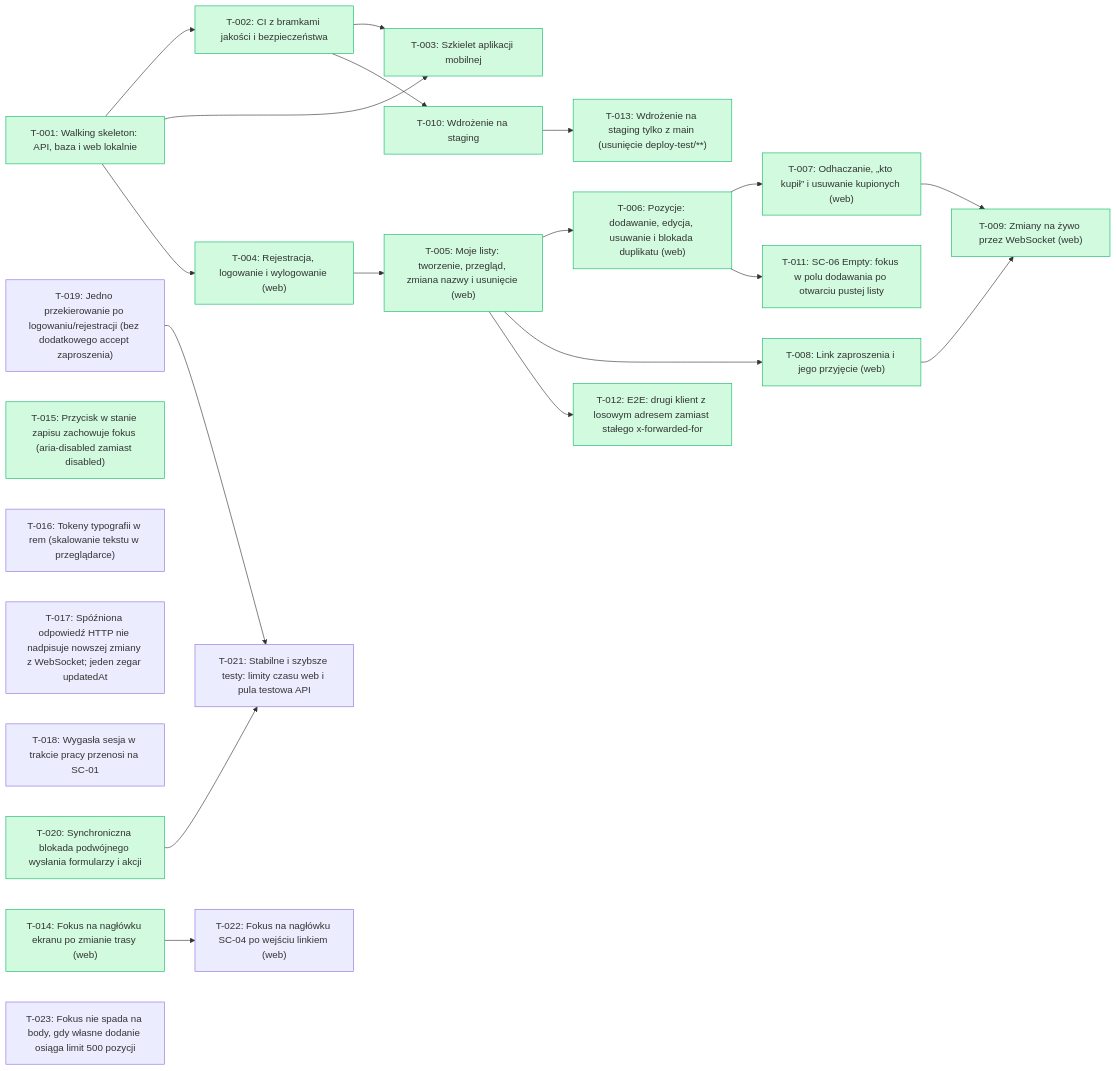
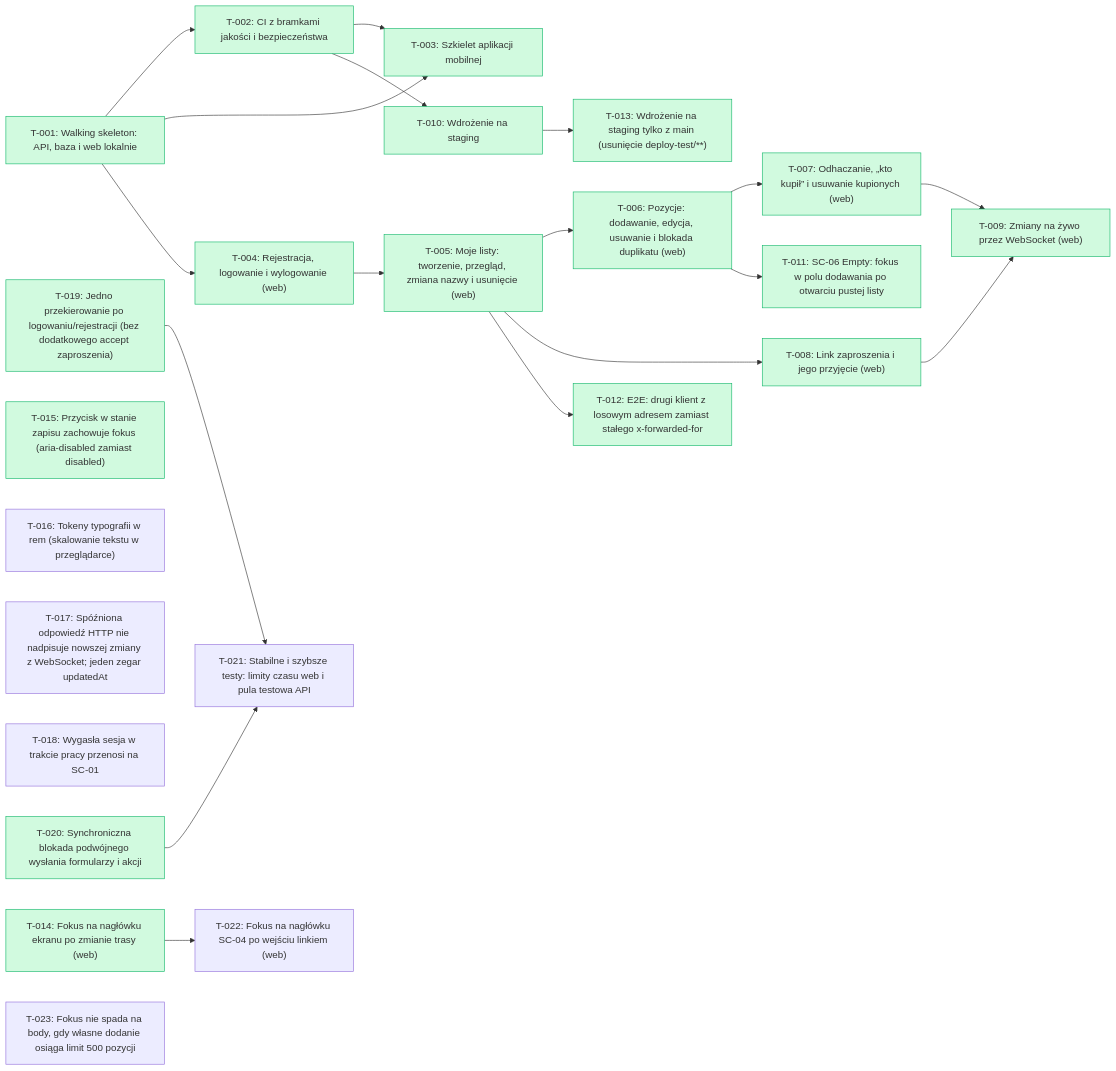
Before and after one commit to tombraz/lista-zakupow: the diagram in docs/backlog/index.md, drawn with Mermaid. The commit also changed other lines of this file and 1 other file, not shown here.

````diff
--- a/docs/backlog/index.md
+++ b/docs/backlog/index.md
@@ -22,47 +22,47 @@
 ```mermaid
 flowchart LR
   T_001["T-001: Walking skeleton: API, baza i web lokalnie"]:::done
   T_002["T-002: CI z bramkami jakości i bezpieczeństwa"]:::done
   T_003["T-003: Szkielet aplikacji mobilnej"]:::done
   T_004["T-004: Rejestracja, logowanie i wylogowanie (web)"]:::done
   T_005["T-005: Moje listy: tworzenie, przegląd, zmiana nazwy i usunięcie (web)"]:::done
   T_006["T-006: Pozycje: dodawanie, edycja, usuwanie i blokada duplikatu (web)"]:::done
   T_007["T-007: Odhaczanie, „kto kupił” i usuwanie kupionych (web)"]:::done
   T_008["T-008: Link zaproszenia i jego przyjęcie (web)"]:::done
   T_009["T-009: Zmiany na żywo przez WebSocket (web)"]:::done
   T_010["T-010: Wdrożenie na staging"]:::done
   T_011["T-011: SC-06 Empty: fokus w polu dodawania po otwarciu pustej listy"]:::done
   T_012["T-012: E2E: drugi klient z losowym adresem zamiast stałego x-forwarded-for"]:::done
   T_013["T-013: Wdrożenie na staging tylko z main (usunięcie deploy-test/**)"]:::done
   T_014["T-014: Fokus na nagłówku ekranu po zmianie trasy (web)"]:::done
   T_015["T-015: Przycisk w stanie zapisu zachowuje fokus (aria-disabled zamiast disabled)"]:::done
   T_016["T-016: Tokeny typografii w rem (skalowanie tekstu w przeglądarce)"]
   T_017["T-017: Spóźniona odpowiedź HTTP nie nadpisuje nowszej zmiany z WebSocket; jeden zegar updatedAt"]
   T_018["T-018: Wygasła sesja w trakcie pracy przenosi na SC-01"]
-  T_019["T-019: Jedno przekierowanie po logowaniu/rejestracji (bez dodatkowego accept zaproszenia)"]
+  T_019["T-019: Jedno przekierowanie po logowaniu/rejestracji (bez dodatkowego accept zaproszenia)"]:::done
   T_020["T-020: Synchroniczna blokada podwójnego wysłania formularzy i akcji"]:::done
   T_021["T-021: Stabilne i szybsze testy: limity czasu web i pula testowa API"]
   T_022["T-022: Fokus na nagłówku SC-04 po wejściu linkiem (web)"]
   T_023["T-023: Fokus nie spada na body, gdy własne dodanie osiąga limit 500 pozycji"]
   T_001 --> T_002
   T_001 --> T_003
   T_002 --> T_003
   T_001 --> T_004
   T_004 --> T_005
   T_005 --> T_006
   T_006 --> T_007
   T_005 --> T_008
   T_007 --> T_009
   T_008 --> T_009
   T_002 --> T_010
   T_006 --> T_011
   T_005 --> T_012
   T_010 --> T_013
   T_019 --> T_021
   T_020 --> T_021
   T_014 --> T_022
   classDef done fill:#d1fadf,stroke:#12b76a
   classDef wip fill:#fef0c7,stroke:#f79009
   classDef qa fill:#e0eaff,stroke:#2970ff
   classDef blocked fill:#fee4e2,stroke:#f04438
 ```
````
